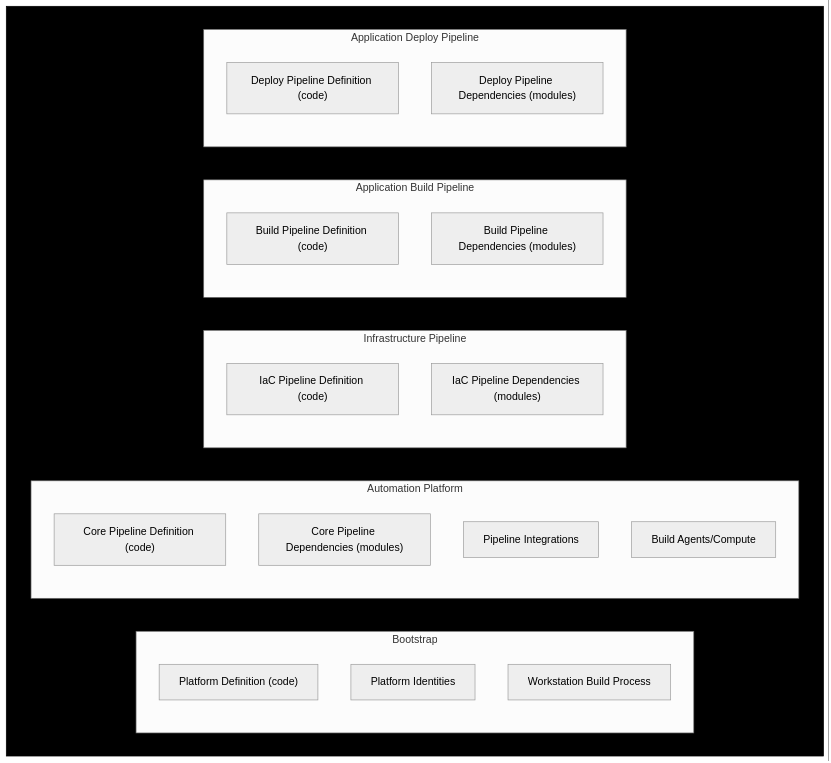
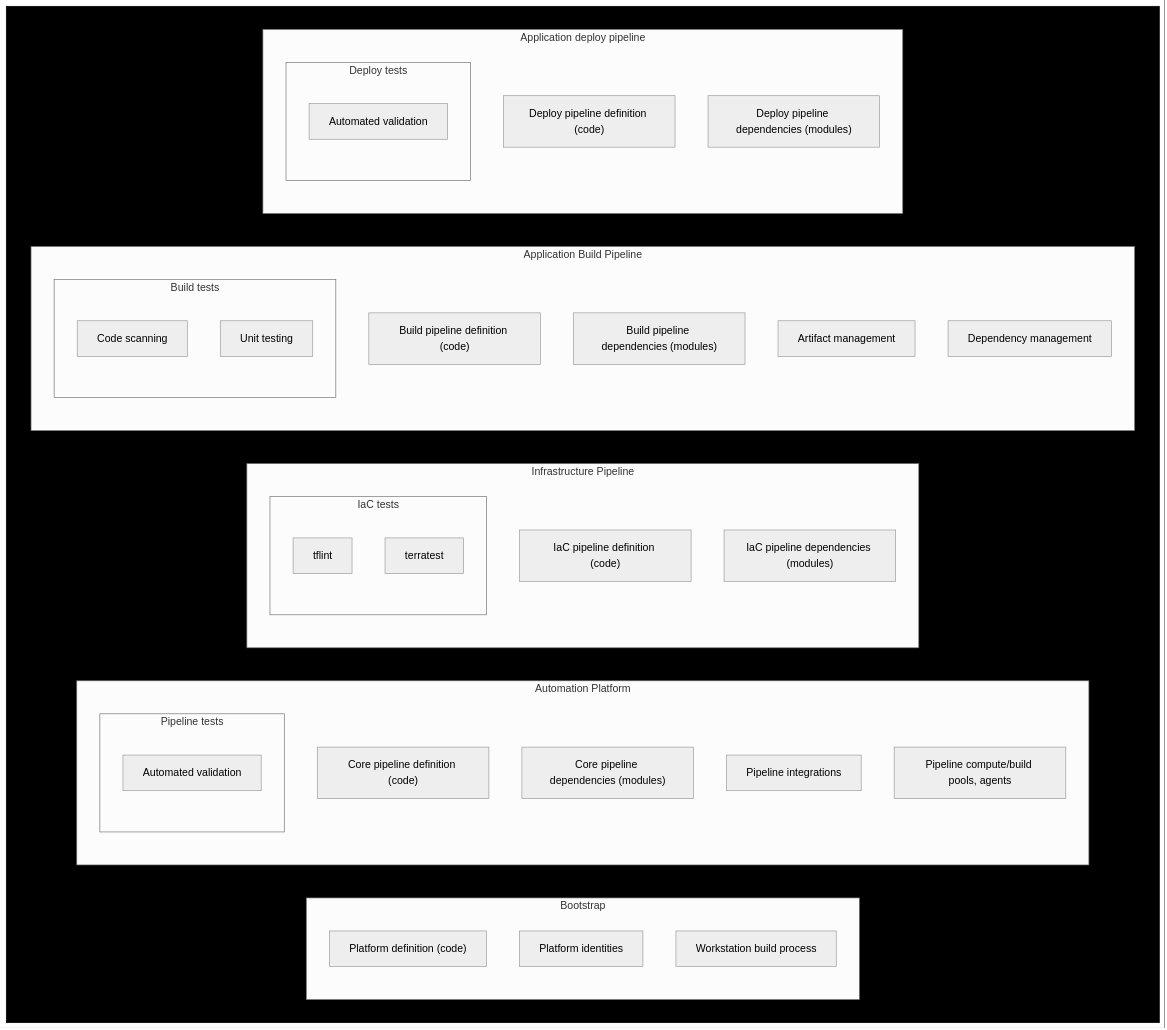
The diagram in pipeline/theory.md (epopisces/documentation), drawn with Mermaid (neutral theme) before and after one commit. The commit also changed other lines of this file, not shown here.

Commit message:
added testing sections

```diff
--- a/pipeline/theory.md
+++ b/pipeline/theory.md
@@ -21,33 +2,50 @@
 :::mermaid
 flowchart TB
   subgraph s1[" "]
     subgraph Bootstrap
-      platdef["Platform Definition (code)"]
-      platids[Platform Identities]
-      platdeploy[Workstation Build Process]
+      platdef["Platform definition (code)"]
+      platids[Platform identities]
+      platdeploy[Workstation build process]
     end
     subgraph autplat[Automation Platform]
-      pipecode["Core Pipeline Definition (code)"]
-      pipedeps["Core Pipeline Dependencies (modules)"]
-      pipeids[Pipeline Integrations]
-      pipeinfra[Build Agents/Compute]
+      pipecode["Core pipeline definition (code)"]
+      pipedeps["Core pipeline dependencies (modules)"]
+      pipeids[Pipeline integrations]
+      pipeinfra[Pipeline compute/build pools, agents]
+      subgraph autplattest[Pipeline tests]
+        pipevalidation[Automated validation]
+      end
     end
     subgraph infrapip[Infrastructure Pipeline]
-      iacpipecode["IaC Pipeline Definition (code)"]
-      iacpipedeps["IaC Pipeline Dependencies (modules)"]
+      iacpipecode["IaC pipeline definition (code)"]
+      iacpipedeps["IaC pipeline dependencies (modules)"]
+      subgraph iactest[IaC tests]
+        tflint
+        terratest
+      end
     end
     subgraph bldpip[Application Build Pipeline]
-      bldpipecode["Build Pipeline Definition (code)"]
-      bldpipedeps["Build Pipeline Dependencies (modules)"]
+      bldpipecode["Build pipeline definition (code)"]
+      bldpipedeps["Build pipeline dependencies (modules)"]
+      subgraph bldtest[Build tests]
+        codescan[Code scanning]
+        unittest[Unit testing]
+      end
+        artifact[Artifact management]
+        depmgmt[Dependency management]
+      
     end
-    subgraph dpypip[Application Deploy Pipeline]
-      dpypipecode["Deploy Pipeline Definition (code)"]
-      dpypipedeps["Deploy Pipeline Dependencies (modules)"]
+    subgraph dpypip[Application deploy pipeline]
+      dpypipecode["Deploy pipeline definition (code)"]
+      dpypipedeps["Deploy pipeline dependencies (modules)"]
+      subgraph dpytest[Deploy tests]
+        dpyvalidation[Automated validation]
+      end
     end
 	end
 
 classDef class1 fill: black, stroke: black
 class s1 class1
 classDef class2 fill: dgrey, stroke: dgrey
 class Bootstrap,autplat,infrapip,bldpip,dpypip class2
 :::
```
